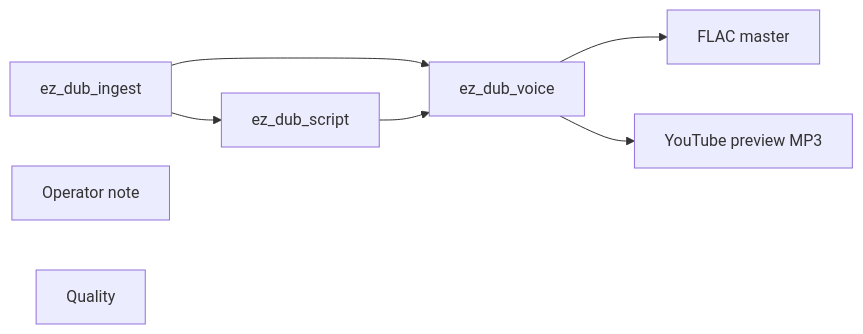
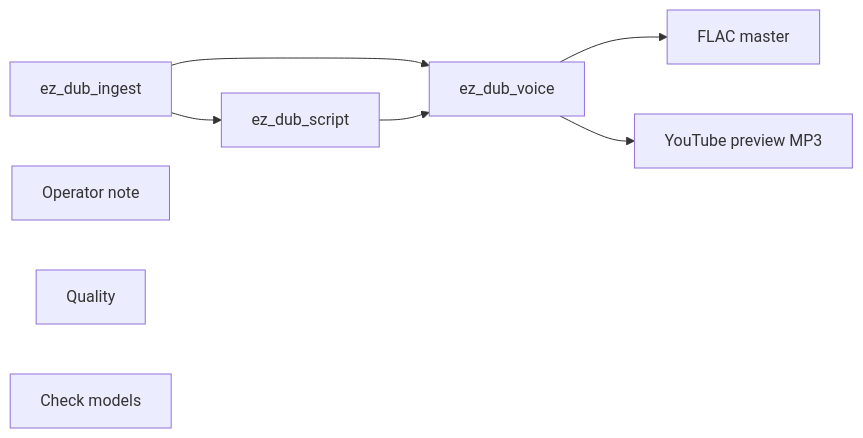
Before and after one commit to toxicoder/ez-comfy-stack: the diagram in docs/generated/workflows/audio/dub/clone-translate.md, drawn with Mermaid. The commit also changed other lines of this file and 1106 other files, not shown here.

First line of the commit message:
feat: add Check models node to every lab App

````diff
--- a/docs/generated/workflows/audio/dub/clone-translate.md
+++ b/docs/generated/workflows/audio/dub/clone-translate.md
@@ -61,15 +61,16 @@
 ```mermaid
 flowchart LR
   N1["ez_dub_ingest"]
   N2["ez_dub_script"]
   N3["ez_dub_voice"]
   N4["FLAC master"]
   N5["YouTube preview MP3"]
   N6["Operator note"]
   N7["Quality"]
+  N8["Check models"]
   N1 --> N2
   N1 --> N3
   N2 --> N3
   N3 --> N4
   N3 --> N5
 ```
````
